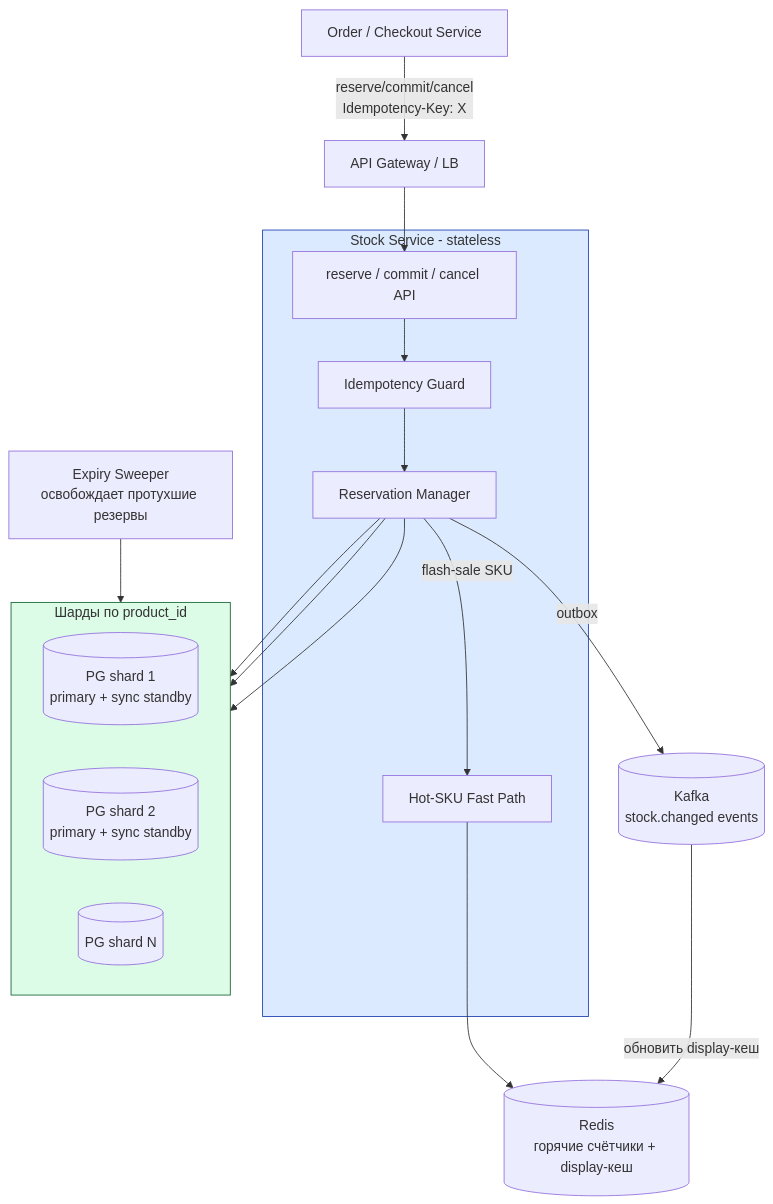
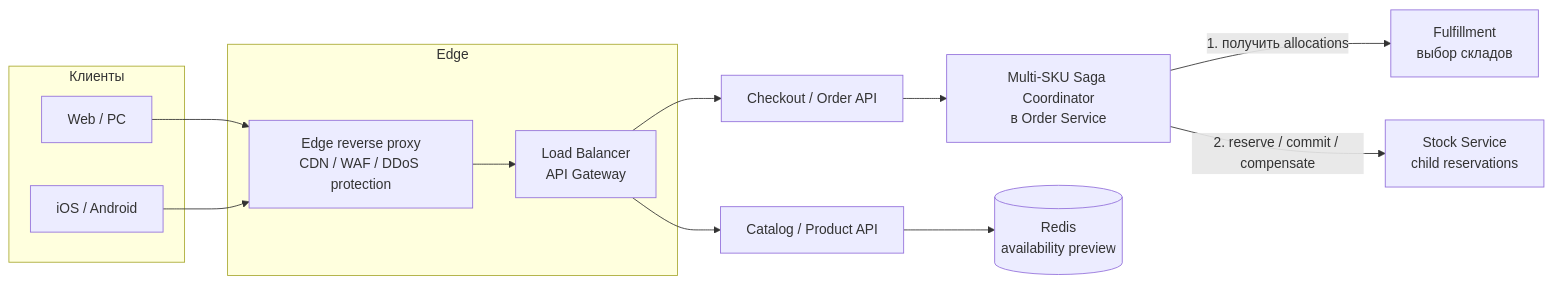
Before and after one commit to fev0ks/LearnGoLang: the second of 4 diagrams in docs/senior-golang-study/05-system-design/interview-cases/14-stock-inventory-service.md, drawn with Mermaid. The commit also changed other lines of this file and 19 other files, not shown here.

````diff
--- a/docs/senior-golang-study/05-system-design/interview-cases/14-stock-inventory-service.md
+++ b/docs/senior-golang-study/05-system-design/interview-cases/14-stock-inventory-service.md
@@ -140,37 +185,29 @@
 ```mermaid
-flowchart TB
-    Client[Order / Checkout Service]
-    LB[API Gateway / LB]
-
-    subgraph SS[Stock Service - stateless]
-        API[reserve / commit / cancel API]
-        Idemp[Idempotency Guard]
-        Resv[Reservation Manager]
-        Hot[Hot-SKU Fast Path]
+flowchart LR
+    subgraph Clients["Клиенты"]
+        Web["Web / PC"]
+        Mobile["iOS / Android"]
     end
 
-    Redis[(Redis<br/>горячие счётчики + display-кеш)]
-
-    subgraph Shards[Шарды по product_id]
-        direction LR
-        S1[(PG shard 1<br/>primary + sync standby)]
-        S2[(PG shard 2<br/>primary + sync standby)]
-        S3[(PG shard N)]
+    subgraph Edge["Edge"]
+        Protection["Edge reverse proxy<br/>CDN / WAF / DDoS protection"]
+        Gateway["Load Balancer<br/>API Gateway"]
+        Protection --> Gateway
     end
 
-    Sweeper[Expiry Sweeper<br/>освобождает протухшие резервы]
-    Kafka[(Kafka<br/>stock.changed events)]
+    Checkout["Checkout / Order API"]
+    Saga["Multi-SKU Saga Coordinator<br/>в Order Service"]
+    Fulfillment["Fulfillment<br/>выбор складов"]
+    StockAPI["Stock Service<br/>child reservations"]
+    Catalog["Catalog / Product API"]
+    Redis[("Redis<br/>availability preview")]
 
-    Client -->|reserve/commit/cancel<br/>Idempotency-Key: X| LB --> API
-    API --> Idemp --> Resv
-    Resv -->|flash-sale SKU| Hot --> Redis
-    Resv --> S1
-    Resv --> S2
-    Resv --> S3
-    Sweeper --> S1
-    Resv -->|outbox| Kafka
-    Kafka -->|обновить display-кеш| Redis
-
-    style SS fill:#dbeafe,stroke:#1e40af
-    style Shards fill:#dcfce7,stroke:#166534
+    Web --> Protection
+    Mobile --> Protection
+    Gateway --> Checkout
+    Gateway --> Catalog
+    Checkout --> Saga
+    Saga -->|"1. получить allocations"| Fulfillment
+    Saga -->|"2. reserve / commit / compensate"| StockAPI
+    Catalog --> Redis
 ```
````
